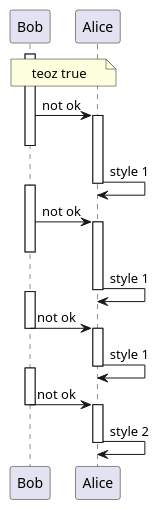
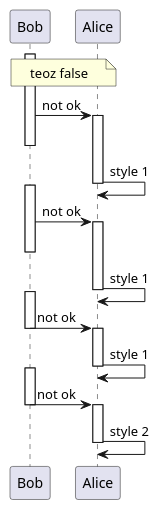
Before and after one commit to jimnelson372/plantuml_fork: diagram 28 of 32 in testteozmultideactivate.puml, drawn with PlantUML. The commit also changed other lines of this file and 3 other files, not shown here.

```diff
--- a/testteozmultideactivate.puml
+++ b/testteozmultideactivate.puml
@@ -753,27 +753,27 @@
 @startuml
 '!pragma teoz true
-note over Bob, Alice: teoz true
+note over Bob, Alice: teoz false
 activate Bob
 Bob -> Alice ++--: not ok
 Alice-> Alice: style 1
 deactivate Alice
 
 activate Bob
 Bob -> Alice ++: not ok
 deactivate Bob
 Alice -> Alice: style 1
 deactivate Alice
 
 activate Bob
 Bob -> Alice: not ok
 deactivate Bob
 activate Alice
 Alice -> Alice: style 1
 deactivate Alice
 
 activate Bob
 Bob -> Alice --: not ok
 activate Alice
 Alice -> Alice: style 2
 deactivate Alice
 @enduml
```
